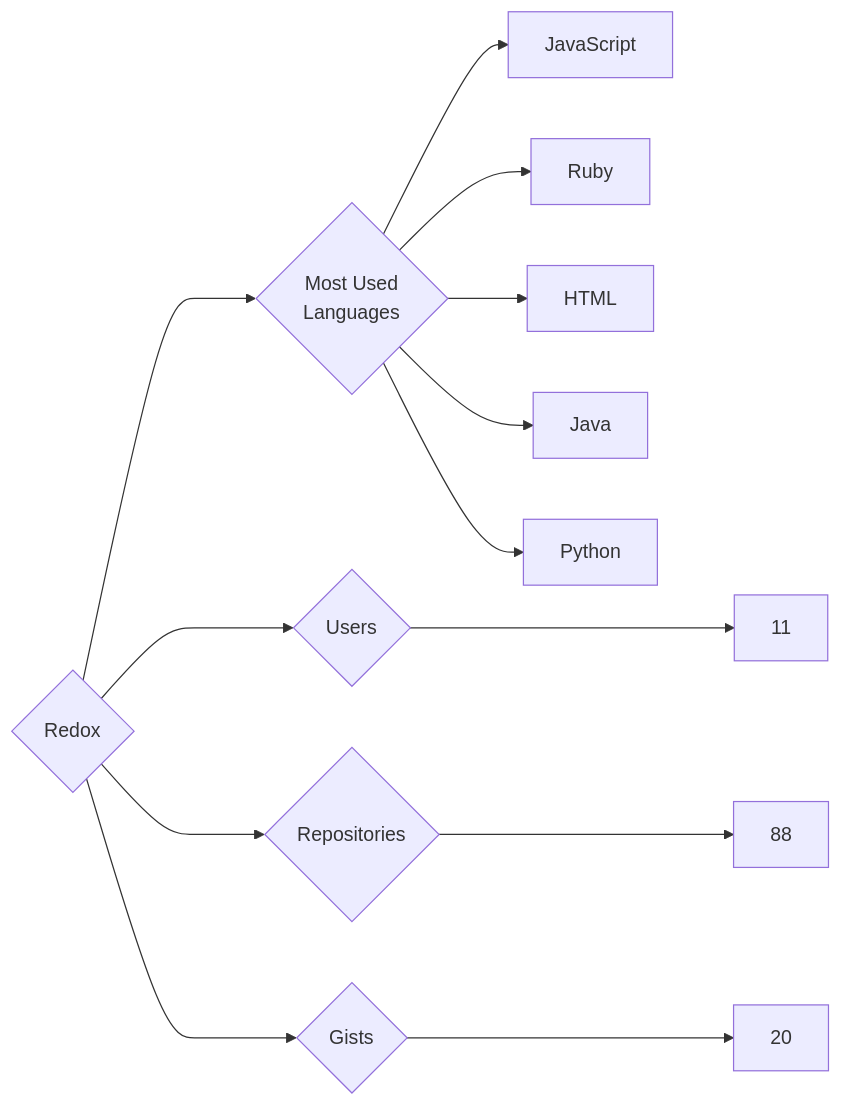
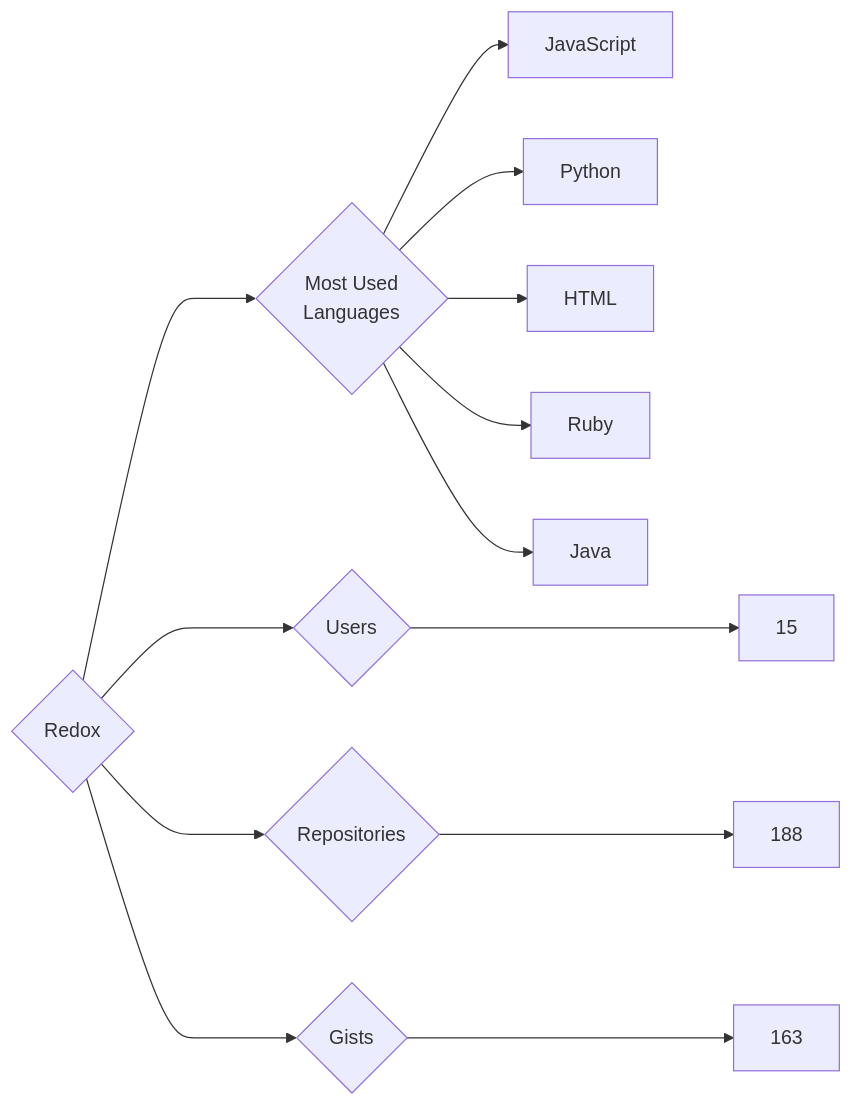
Before and after one commit to trickest/insiders: the diagram in targets/Redox/README.md, drawn with Mermaid. The commit also changed 912 other files, not shown here.

````diff
--- a/targets/Redox/README.md
+++ b/targets/Redox/README.md
@@ -3,13 +3,13 @@
 ```mermaid
 graph LR
 COMPANY_NAME{Redox}
-COMPANY_NAME ---> U{Users} ---> UN[11]
-COMPANY_NAME ---> R{Repositories} ---> RN[88]
-COMPANY_NAME ---> G{Gists} ---> GN[20]
+COMPANY_NAME ---> U{Users} ---> UN[15]
+COMPANY_NAME ---> R{Repositories} ---> RN[188]
+COMPANY_NAME ---> G{Gists} ---> GN[163]
 COMPANY_NAME ---> ML{Most Used<br>Languages}
 ML --> JavaScript[JavaScript]
+ML --> Python[Python]
+ML --> HTML[HTML]
 ML --> Ruby[Ruby]
-ML --> HTML[HTML]
 ML --> Java[Java]
-ML --> Python[Python]
 ```
````
